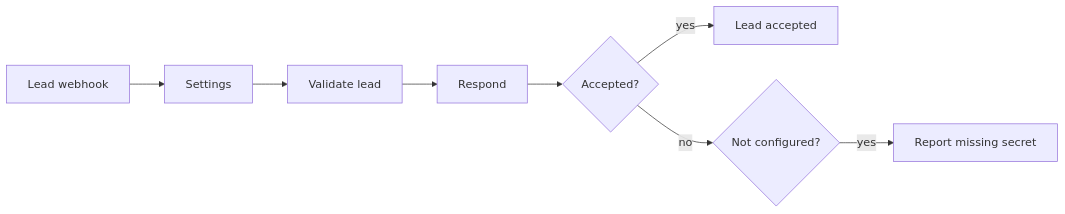
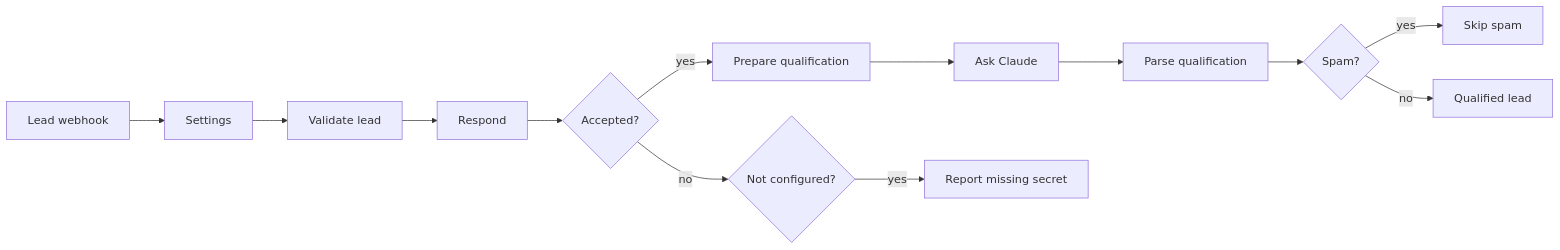
The diagram in workflows/lead-intake/README.md (mick-gsk/n8n-ai-email-triage), drawn with Mermaid before and after one commit. The commit also changed other lines of this file and 10 other files, not shown here.

````diff
--- a/workflows/lead-intake/README.md
+++ b/workflows/lead-intake/README.md
@@ -8,6 +9,8 @@
 ```mermaid
 flowchart LR
     W[Lead webhook] --> S[Settings] --> V[Validate lead] --> R[Respond] --> A{Accepted?}
-    A -- yes --> L[Lead accepted]
+    A -- yes --> P[Prepare qualification] --> C[Ask Claude] --> Q[Parse qualification]
     A -- no --> M{Not configured?} -- yes --> E[Report missing secret]
+    Q --> X{Spam?} -- yes --> K[Skip spam]
+    X -- no --> L[Qualified lead]
 ```
````
